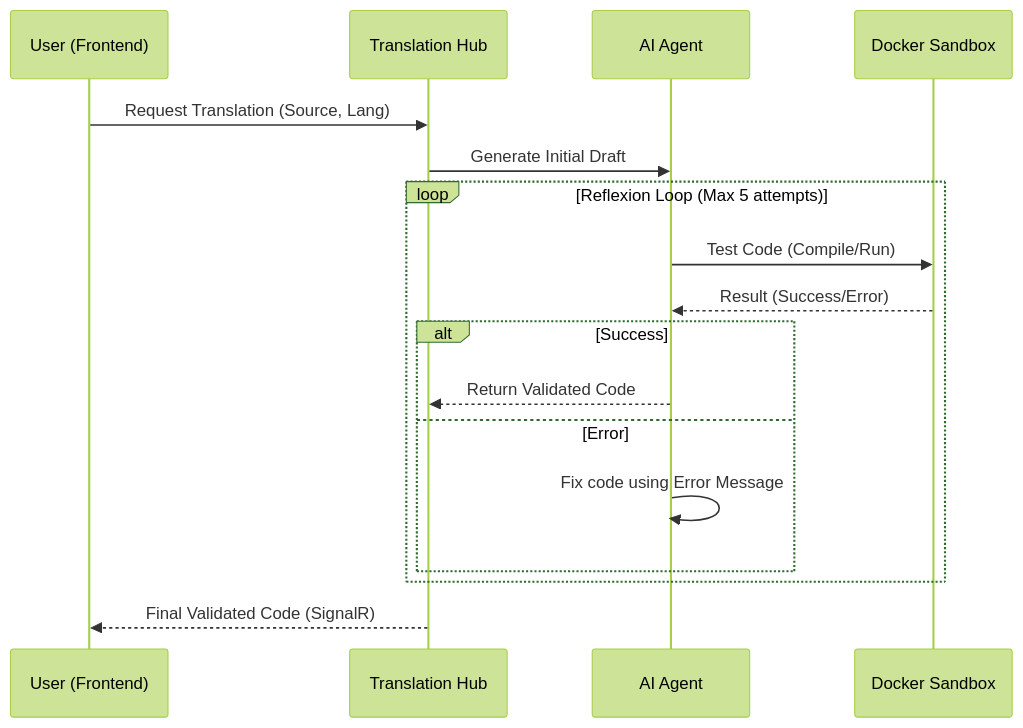
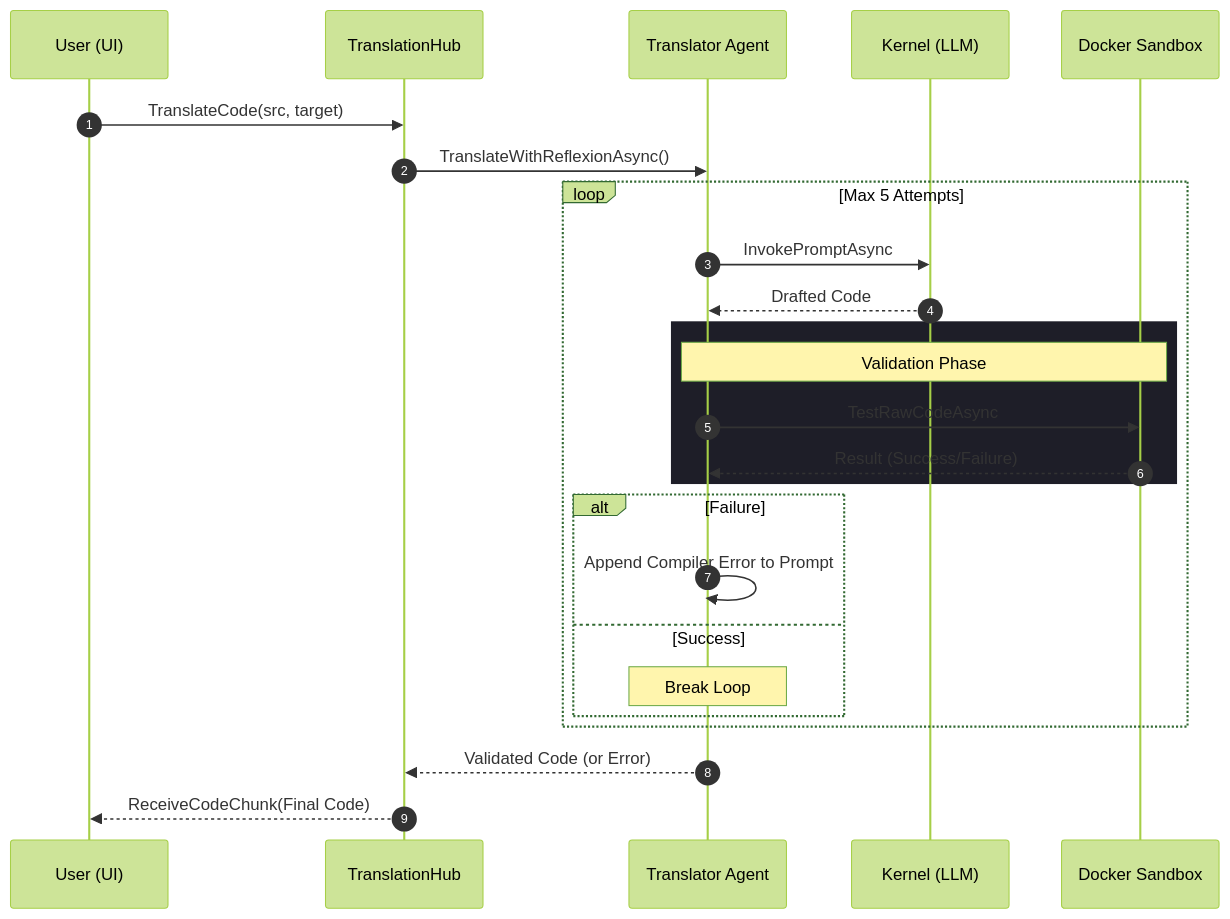
Before and after one commit to iuliahappy/JustBigO-Fun---Software-Development-Methodologies: the second of 4 diagrams in DIAGRAMS.md, drawn with Mermaid (forest theme). The commit also changed other lines of this file and 1 other file, not shown here.

Commit message:
docs: improve diagrams clarity and update translation timeout

````diff
--- a/DIAGRAMS.md
+++ b/DIAGRAMS.md
@@ -30,20 +37,32 @@
 ```mermaid
 sequenceDiagram
-    participant U as User (Frontend)
-    participant H as Translation Hub
-    participant A as AI Agent
+    autonumber
+    participant U as User (UI)
+    participant H as TranslationHub
+    participant A as Translator Agent
+    participant K as Kernel (LLM)
     participant D as Docker Sandbox
 
-    U->>H: Request Translation (Source, Lang)
-    H->>A: Generate Initial Draft
-    loop Reflexion Loop (Max 5 attempts)
-        A->>D: Test Code (Compile/Run)
-        D-->>A: Result (Success/Error)
-        alt Success
-            A-->>H: Return Validated Code
-        else Error
-            A->>A: Fix code using Error Message
+    U->>H: TranslateCode(src, target)
+    H->>A: TranslateWithReflexionAsync()
+    
+    loop Max 5 Attempts
+        A->>K: InvokePromptAsync
+        K-->>A: Drafted Code
+        
+        rect rgb(30, 30, 40)
+            Note over A,D: Validation Phase
+            A->>D: TestRawCodeAsync
+            D-->>A: Result (Success/Failure)
+        end
+        
+        alt Failure
+            A->>A: Append Compiler Error to Prompt
+        else Success
+            Note over A: Break Loop
         end
     end
-    H-->>U: Final Validated Code (SignalR)
+
+    A-->>H: Validated Code (or Error)
+    H-->>U: ReceiveCodeChunk(Final Code)
 ```
````
